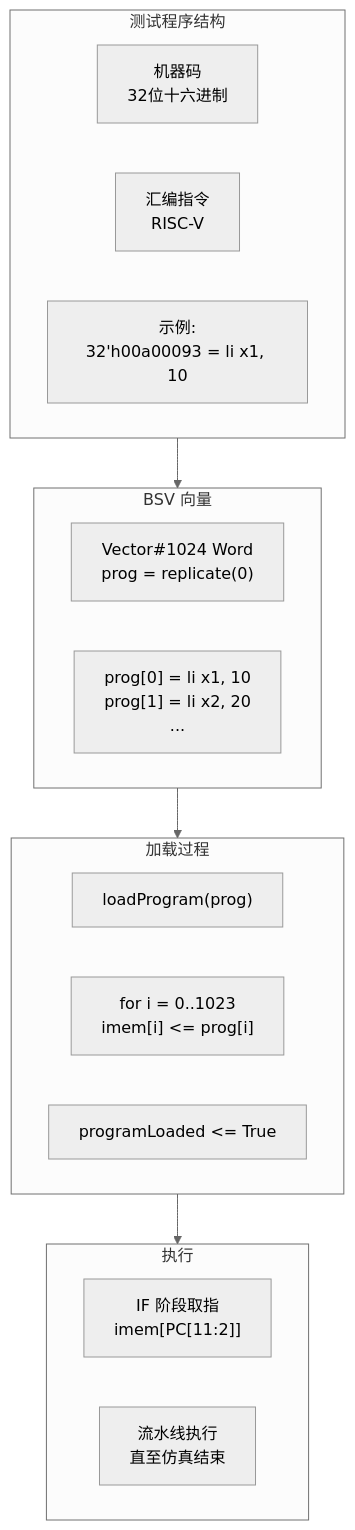
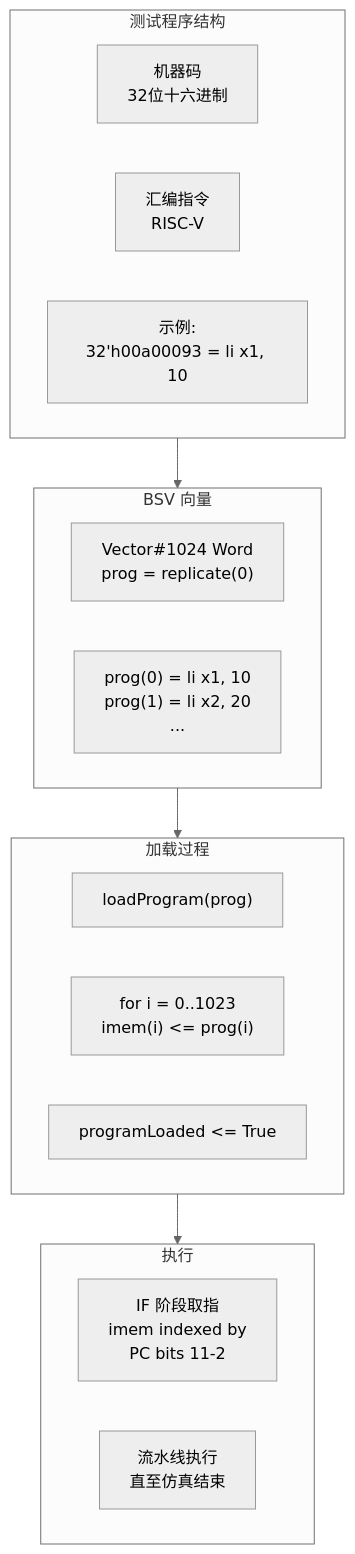
Before and after one commit to daivy2333/riscv-bsv-processor: the eighth of 10 diagrams in docs/memory-layout.md, drawn with Mermaid (neutral theme). The commit also changed other lines of this file and 3 other files, not shown here.

````diff
--- a/docs/memory-layout.md
+++ b/docs/memory-layout.md
@@ -292,28 +292,28 @@
 ```mermaid
 flowchart TB
     subgraph TestProgram["测试程序结构"]
         HexCode["机器码<br/>32位十六进制"]
         ASM["汇编指令<br/>RISC-V"]
         Example["示例:<br/>32'h00a00093 = li x1, 10"]
     end
 
     subgraph Vector["BSV 向量"]
         ProgVec["Vector#1024 Word<br/>prog = replicate(0)"]
-        Init["prog[0] = li x1, 10<br/>prog[1] = li x2, 20<br/>..."]
+        Init["prog(0) = li x1, 10<br/>prog(1) = li x2, 20<br/>..."]
     end
 
     subgraph Loading["加载过程"]
         Method["loadProgram(prog)"]
-        Loop["for i = 0..1023<br/>imem[i] <= prog[i]"]
+        Loop["for i = 0..1023<br/>imem(i) <= prog(i)"]
         Flag["programLoaded <= True"]
     end
 
     subgraph Execution["执行"]
-        Fetch["IF 阶段取指<br/>imem[PC[11:2]]"]
+        Fetch["IF 阶段取指<br/>imem indexed by<br/>PC bits 11-2"]
         Run["流水线执行<br/>直至仿真结束"]
     end
 
     TestProgram --> Vector
     Vector --> Loading
     Loading --> Execution
 ```
````
